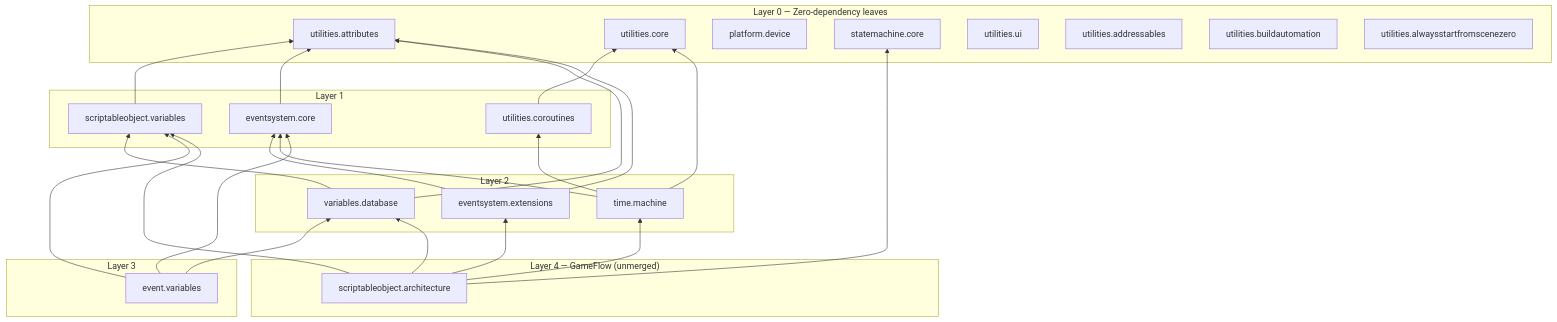
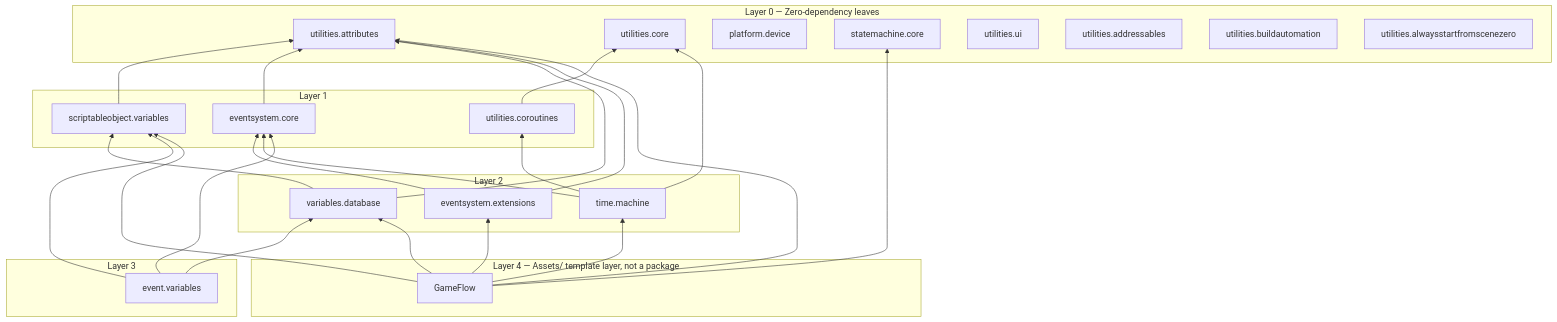
Before and after one commit to madratzz/unity-packages: the diagram in Docs/Architecture Overview.md, drawn with Mermaid. The commit also changed other lines of this file and 13 other files, not shown here.

````diff
--- a/Docs/Architecture Overview.md
+++ b/Docs/Architecture Overview.md
@@ -17,43 +17,44 @@
 ```mermaid
 graph BT
     subgraph "Layer 0 — Zero-dependency leaves"
         attrs[utilities.attributes]
         core[utilities.core]
         device[platform.device]
         smcore[statemachine.core]
         ui[utilities.ui]
         addr[utilities.addressables]
         build[utilities.buildautomation]
         scene0[utilities.alwaysstartfromscenezero]
     end
 
     subgraph "Layer 1"
         coroutines[utilities.coroutines] --> core
         vars[scriptableobject.variables] --> attrs
         evtcore[eventsystem.core] --> attrs
     end
 
     subgraph "Layer 2"
         varsdb[variables.database] --> vars
         varsdb --> attrs
         evtext[eventsystem.extensions] --> evtcore
         evtext --> attrs
         timemachine[time.machine] --> evtcore
         timemachine --> coroutines
         timemachine --> core
     end
 
     subgraph "Layer 3"
         eventvars[event.variables] --> evtcore
         eventvars --> vars
         eventvars --> varsdb
     end
 
-    subgraph "Layer 4 — GameFlow (unmerged)"
-        gameflow[scriptableobject.architecture] --> evtext
+    subgraph "Layer 4 — Assets/ template layer, not a package"
+        gameflow[GameFlow] --> evtext
         gameflow --> smcore
         gameflow --> timemachine
         gameflow --> vars
         gameflow --> varsdb
+        gameflow --> attrs
     end
 ```
````
